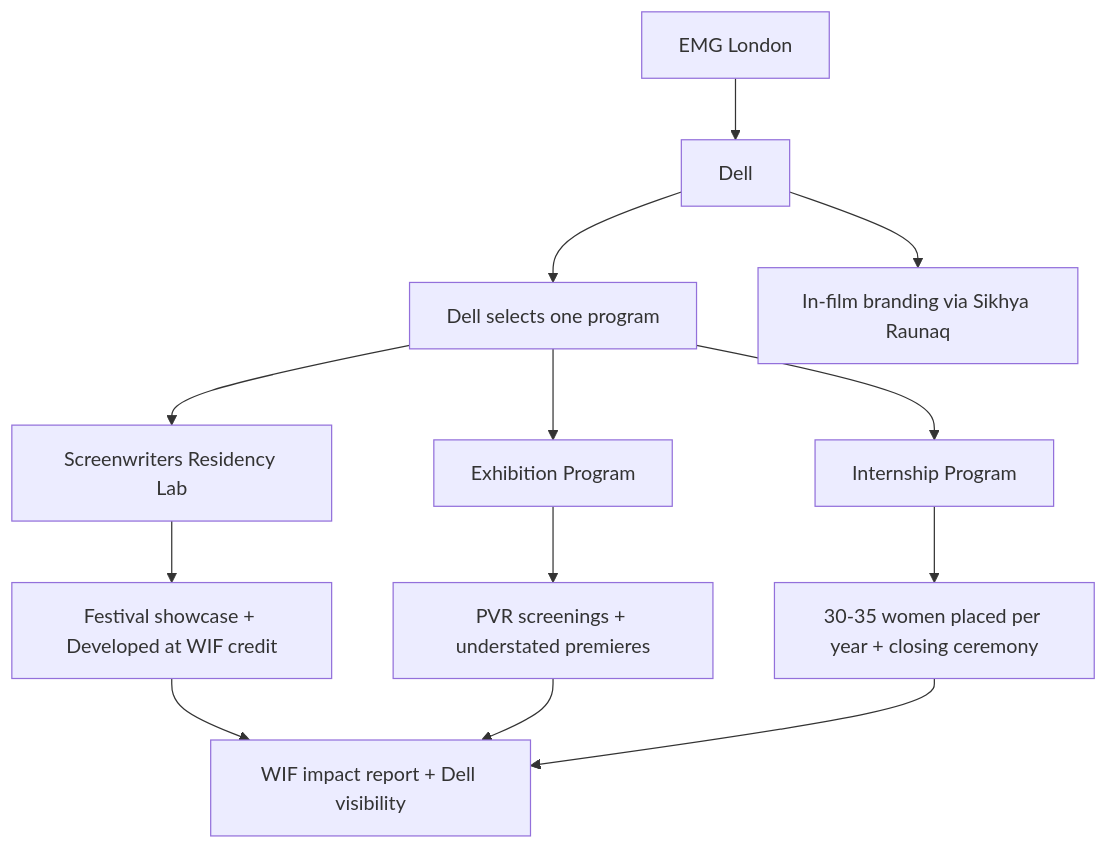
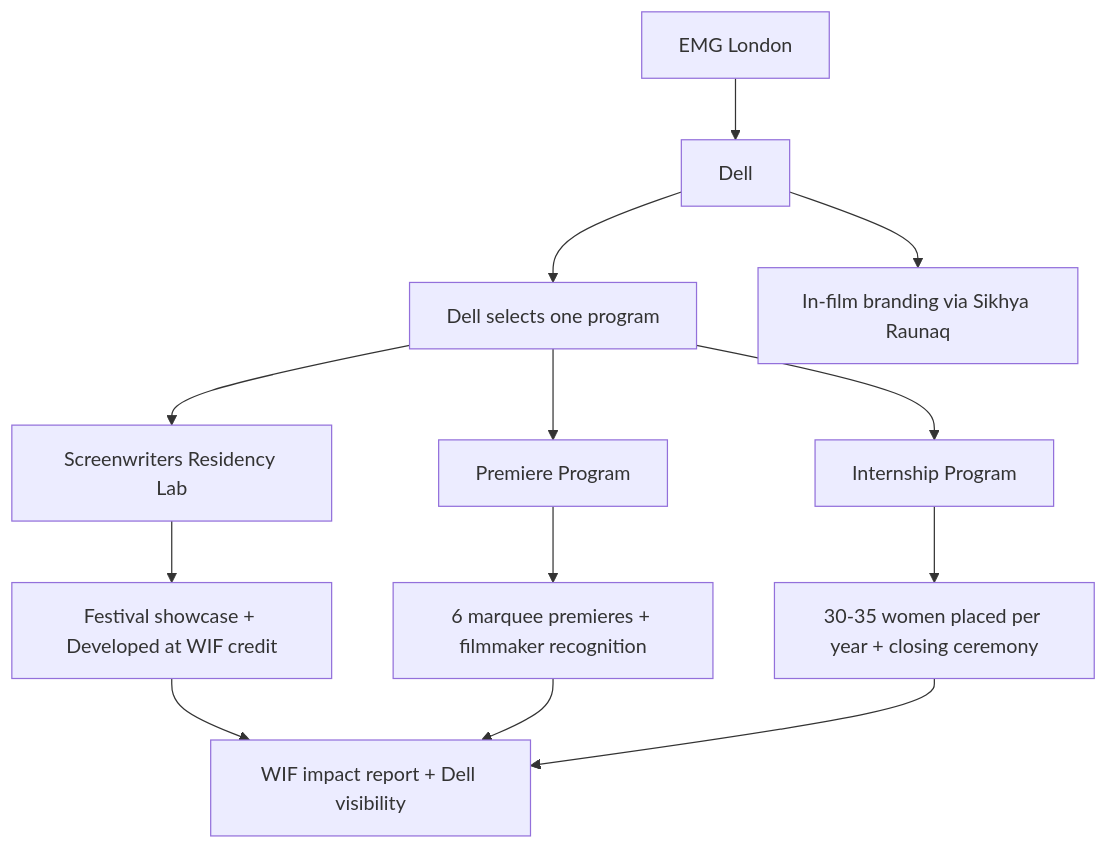
Before and after one commit to vibechops/wif-proposals: the diagram in dell/04-specs/program-flow.md, drawn with Mermaid. The commit also changed other lines of this file and 93 other files, not shown here.

````diff
--- a/dell/04-specs/program-flow.md
+++ b/dell/04-specs/program-flow.md
@@ -9,15 +9,15 @@
 ```mermaid
 flowchart TD
     EMG[EMG London] --> Dell[Dell]
     Dell --> Sponsor[Dell selects one program]
     Sponsor --> Lab[Screenwriters Residency Lab]
-    Sponsor --> Exhib[Exhibition Program]
+    Sponsor --> Exhib[Premiere Program]
     Sponsor --> Intern[Internship Program]
     Dell --> Brand[In-film branding via Sikhya Raunaq]
     Lab --> Out1[Festival showcase + Developed at WIF credit]
-    Exhib --> Out2[PVR screenings + understated premieres]
+    Exhib --> Out2[6 marquee premieres + filmmaker recognition]
     Intern --> Out3[30-35 women placed per year + closing ceremony]
     Out1 --> Impact[WIF impact report + Dell visibility]
     Out2 --> Impact
     Out3 --> Impact
 ```
````
